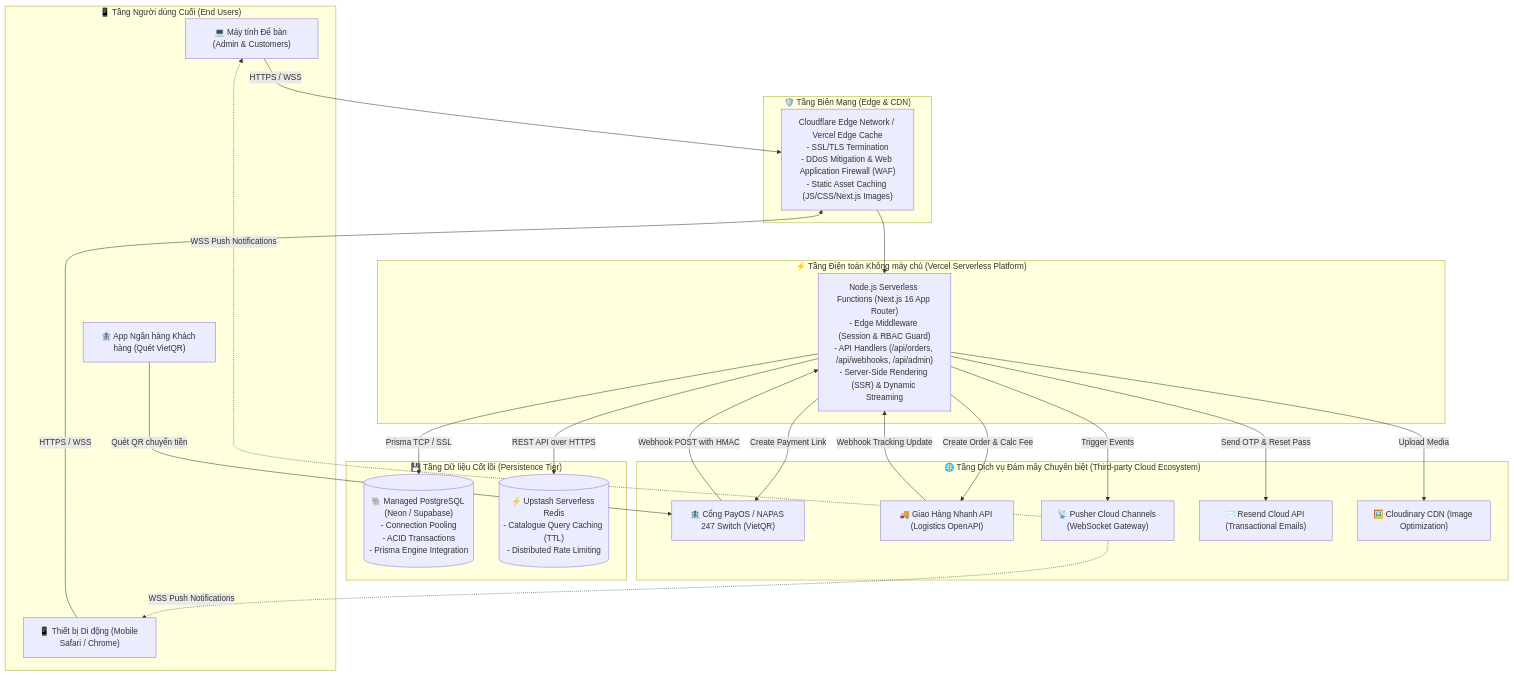
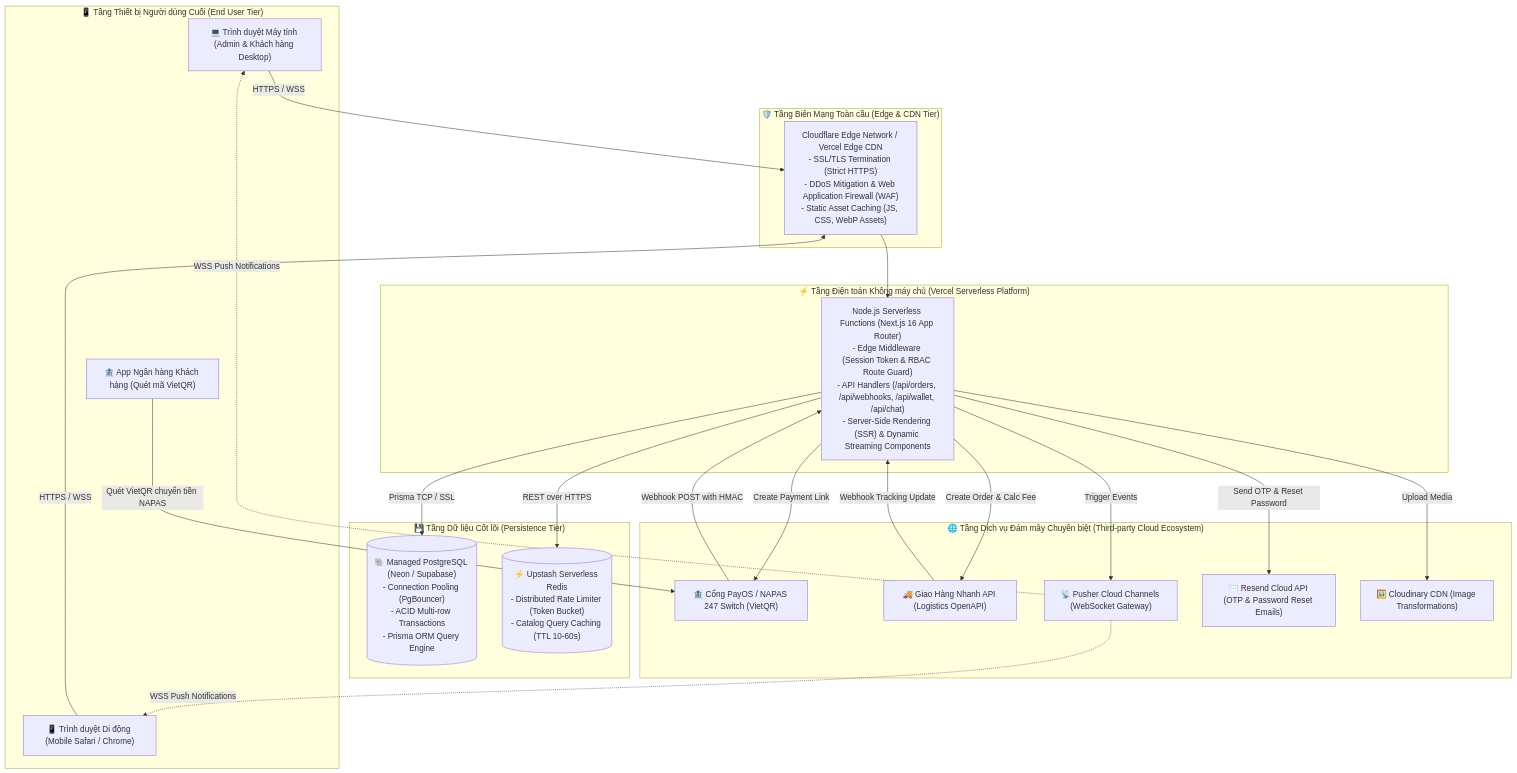
One commit to nhonhoa2007/shop-qr-payment changed diagram 12 of 13 in docs/uml/README.md. Above: the diagram before and after it, drawn with Mermaid. The commit also changed other lines of this file and 121 other files, not shown here.

First line of the commit message:
refactor(arch): tái cấu trúc mã nguồn theo Layered Clean Architecture và chuẩn hóa module shims

````diff
--- a/docs/uml/README.md
+++ b/docs/uml/README.md
@@ -609,66 +875,66 @@
 ```mermaid
 flowchart TB
     %% Client Devices
-    subgraph ClientTier ["📱 Tầng Người dùng Cuối (End Users)"]
-        DesktopBrowser["💻 Máy tính Để bàn (Admin & Customers)"]
-        MobileBrowser["📱 Thiết bị Di động (Mobile Safari / Chrome)"]
-        BankAppDevice["🏦 App Ngân hàng Khách hàng (Quét VietQR)"]
+    subgraph ClientTier ["📱 Tầng Thiết bị Người dùng Cuối (End User Tier)"]
+        DesktopBrowser["💻 Trình duyệt Máy tính (Admin & Khách hàng Desktop)"]
+        MobileBrowser["📱 Trình duyệt Di động (Mobile Safari / Chrome)"]
+        BankAppDevice["🏦 App Ngân hàng Khách hàng (Quét mã VietQR)"]
     end
 
     %% Edge & Network
-    subgraph EdgeTier ["🛡️ Tầng Biên Mạng (Edge & CDN)"]
-        CloudflareEdge["Cloudflare Edge Network / Vercel Edge Cache
-- SSL/TLS Termination
+    subgraph EdgeTier ["🛡️ Tầng Biên Mạng Toàn cầu (Edge & CDN Tier)"]
+        CloudflareEdge["Cloudflare Edge Network / Vercel Edge CDN
+- SSL/TLS Termination (Strict HTTPS)
 - DDoS Mitigation & Web Application Firewall (WAF)
-- Static Asset Caching (JS/CSS/Next.js Images)"]
+- Static Asset Caching (JS, CSS, WebP Assets)"]
     end
 
     %% Compute Tier
     subgraph ComputeTier ["⚡ Tầng Điện toán Không máy chủ (Vercel Serverless Platform)"]
         NodeRuntime["Node.js Serverless Functions (Next.js 16 App Router)
-- Edge Middleware (Session & RBAC Guard)
-- API Handlers (/api/orders, /api/webhooks, /api/admin)
-- Server-Side Rendering (SSR) & Dynamic Streaming"]
+- Edge Middleware (Session Token & RBAC Route Guard)
+- API Handlers (/api/orders, /api/webhooks, /api/wallet, /api/chat)
+- Server-Side Rendering (SSR) & Dynamic Streaming Components"]
     end
 
     %% Persistence Tier
     subgraph PersistenceTier ["💾 Tầng Dữ liệu Cốt lõi (Persistence Tier)"]
         PostgresInstance[("🐘 Managed PostgreSQL (Neon / Supabase)
-- Connection Pooling
-- ACID Transactions
-- Prisma Engine Integration")]
+- Connection Pooling (PgBouncer)
+- ACID Multi-row Transactions
+- Prisma ORM Query Engine")]
         RedisInstance[("⚡ Upstash Serverless Redis
-- Catalogue Query Caching (TTL)
-- Distributed Rate Limiting")]
+- Distributed Rate Limiter (Token Bucket)
+- Catalog Query Caching (TTL 10-60s)")]
     end
 
     %% External SaaS Ecosystem
     subgraph ExternalSaaSTier ["🌐 Tầng Dịch vụ Đám mây Chuyên biệt (Third-party Cloud Ecosystem)"]
         PayOSServer["🏦 Cổng PayOS / NAPAS 247 Switch (VietQR)"]
         GHNServer["🚚 Giao Hàng Nhanh API (Logistics OpenAPI)"]
         PusherServer["📡 Pusher Cloud Channels (WebSocket Gateway)"]
-        ResendServer["✉️ Resend Cloud API (Transactional Emails)"]
-        CloudinaryServer["🖼️ Cloudinary CDN (Image Optimization)"]
+        ResendServer["✉️ Resend Cloud API (OTP & Password Reset Emails)"]
+        CloudinaryServer["🖼️ Cloudinary CDN (Image Transformations)"]
     end
 
     %% Connections
     DesktopBrowser -->|HTTPS / WSS| CloudflareEdge
     MobileBrowser -->|HTTPS / WSS| CloudflareEdge
-    BankAppDevice -->|Quét QR chuyển tiền| PayOSServer
+    BankAppDevice -->|Quét VietQR chuyển tiền NAPAS| PayOSServer
 
     CloudflareEdge --> NodeRuntime
     NodeRuntime -->|Prisma TCP / SSL| PostgresInstance
-    NodeRuntime -->|REST API over HTTPS| RedisInstance
+    NodeRuntime -->|REST over HTTPS| RedisInstance
     NodeRuntime -->|Trigger Events| PusherServer
     PusherServer -.->|WSS Push Notifications| DesktopBrowser
     PusherServer -.->|WSS Push Notifications| MobileBrowser
 
     NodeRuntime -->|Create Payment Link| PayOSServer
     PayOSServer -->|Webhook POST with HMAC| NodeRuntime
 
     NodeRuntime -->|Create Order & Calc Fee| GHNServer
     GHNServer -->|Webhook Tracking Update| NodeRuntime
 
-    NodeRuntime -->|Send OTP & Reset Pass| ResendServer
+    NodeRuntime -->|Send OTP & Reset Password| ResendServer
     NodeRuntime -->|Upload Media| CloudinaryServer
 ```
````
